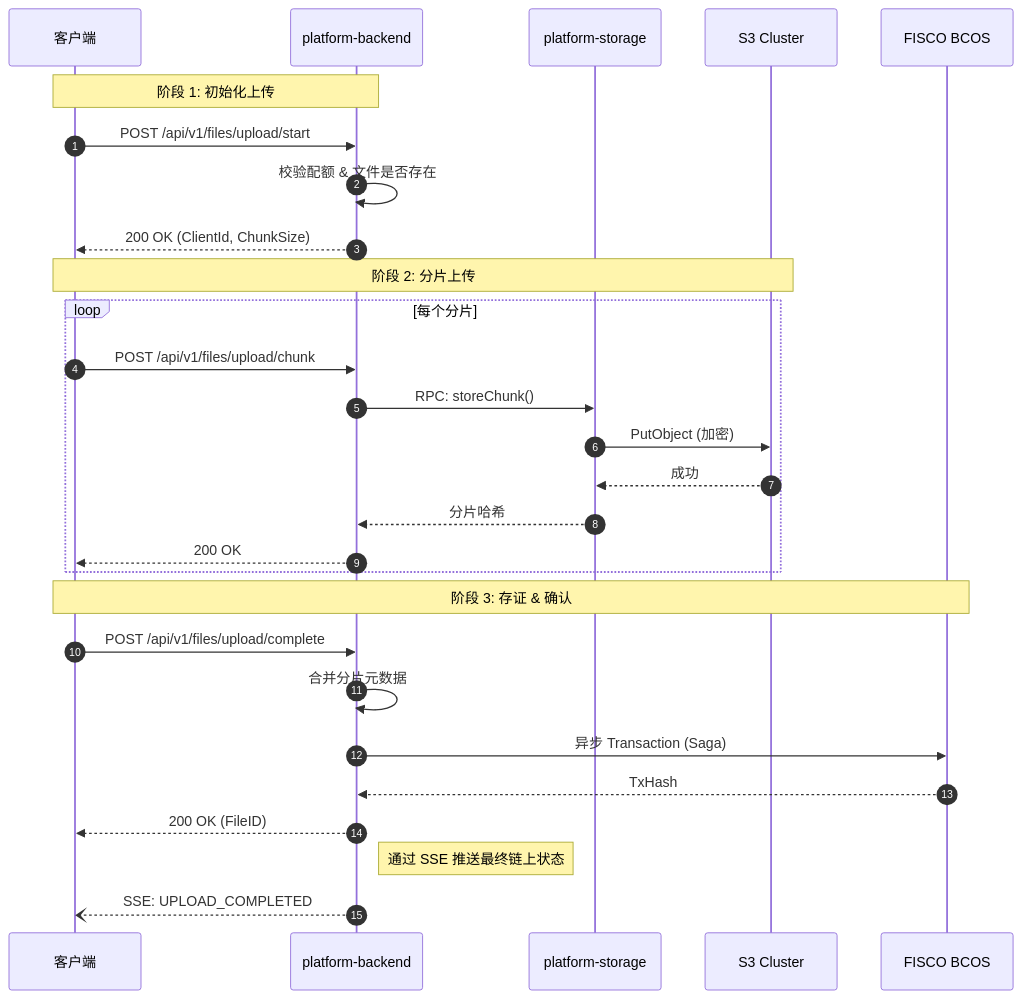
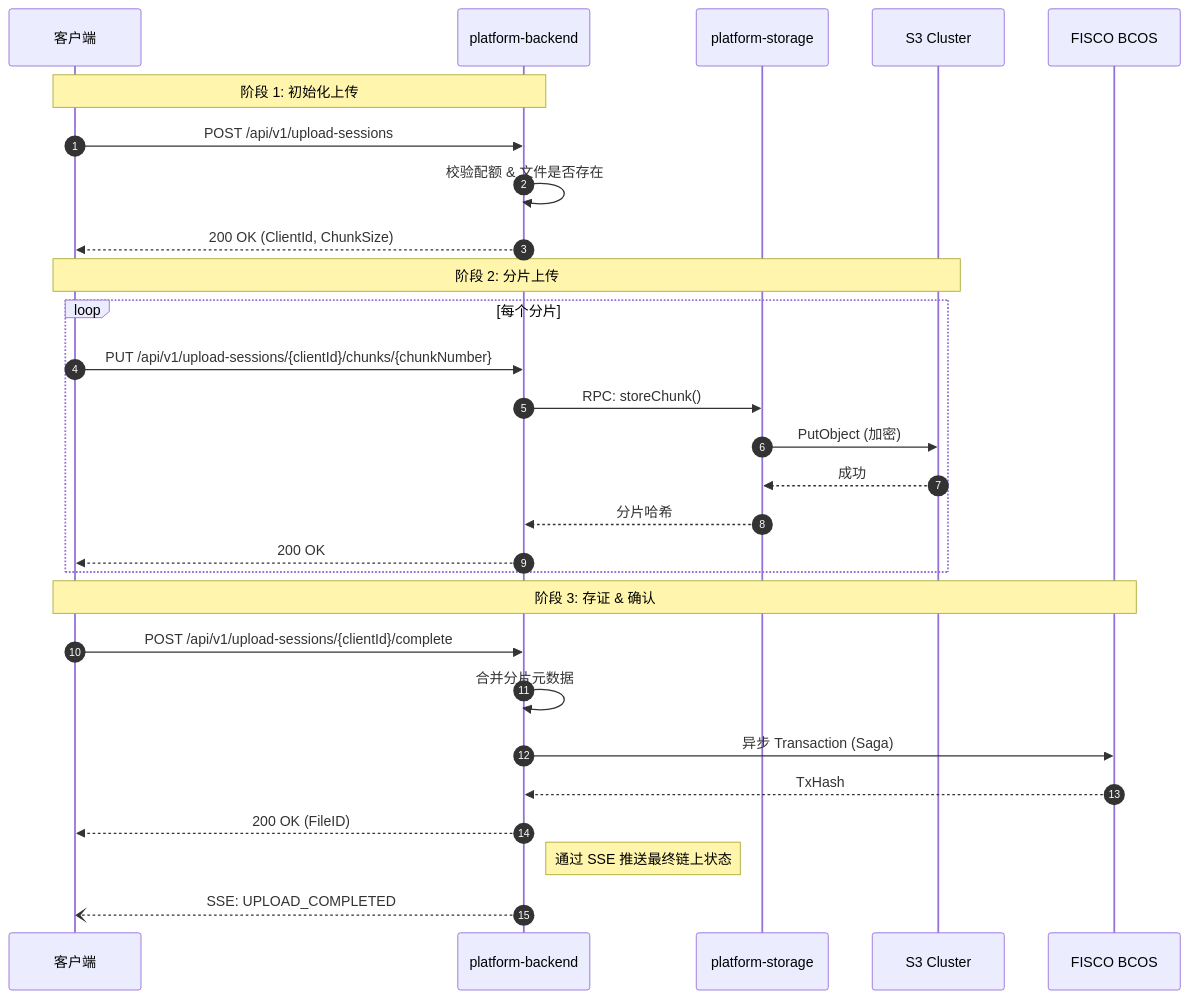
The second of 9 diagrams in docs/zh/architecture/system-overview.md (SoarCollab/RecordPlatform), drawn with Mermaid before and after one commit. The commit also changed other lines of this file and 23 other files, not shown here.

````diff
--- a/docs/zh/architecture/system-overview.md
+++ b/docs/zh/architecture/system-overview.md
@@ -101,35 +101,35 @@
 ```mermaid
 sequenceDiagram
     autonumber
 
     participant Client as 客户端
     participant Backend as platform-backend
     participant Storage as platform-storage
     participant S3 as S3 Cluster
     participant Chain as FISCO BCOS
 
     Note over Client, Backend: 阶段 1: 初始化上传
-    Client->>Backend: POST /api/v1/files/upload/start
+    Client->>Backend: POST /api/v1/upload-sessions
     Backend->>Backend: 校验配额 & 文件是否存在
     Backend-->>Client: 200 OK (ClientId, ChunkSize)
 
     Note over Client, S3: 阶段 2: 分片上传
     loop 每个分片
-        Client->>Backend: POST /api/v1/files/upload/chunk
+        Client->>Backend: PUT /api/v1/upload-sessions/{clientId}/chunks/{chunkNumber}
         Backend->>Storage: RPC: storeChunk()
         Storage->>S3: PutObject (加密)
         S3-->>Storage: 成功
         Storage-->>Backend: 分片哈希
         Backend-->>Client: 200 OK
     end
 
     Note over Client, Chain: 阶段 3: 存证 & 确认
-    Client->>Backend: POST /api/v1/files/upload/complete
+    Client->>Backend: POST /api/v1/upload-sessions/{clientId}/complete
     Backend->>Backend: 合并分片元数据
     Backend->>Chain: 异步 Transaction (Saga)
     Chain-->>Backend: TxHash
     Backend-->>Client: 200 OK (FileID)
 
     Note right of Backend: 通过 SSE 推送最终链上状态
     Backend--)Client: SSE: UPLOAD_COMPLETED
 ```
````
